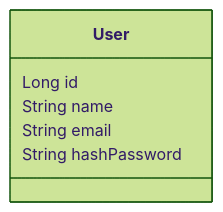
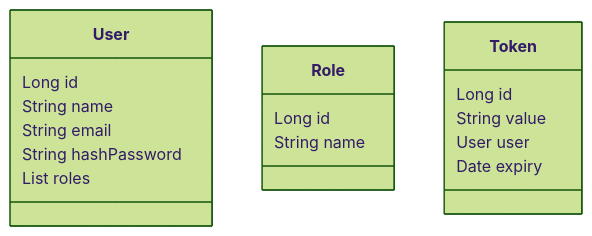
Before and after one commit to KiranACD/project-notes: the second of 2 diagrams in README.md, drawn with Mermaid (forest theme).

Commit message:
Adding classDiagram 3

````diff
--- a/README.md
+++ b/README.md
@@ -1021,9 +1021,24 @@
 ```mermaid
 classDiagram
+
 class User {
   Long id
   String name
   String email
   String hashPassword
+  List<Role> roles
 }
+
+class Role {
+    Long id
+    String name
+}
+
+class Token {
+    Long id
+    String value
+    User user
+    Date expiry
+}
+
 ```
````
